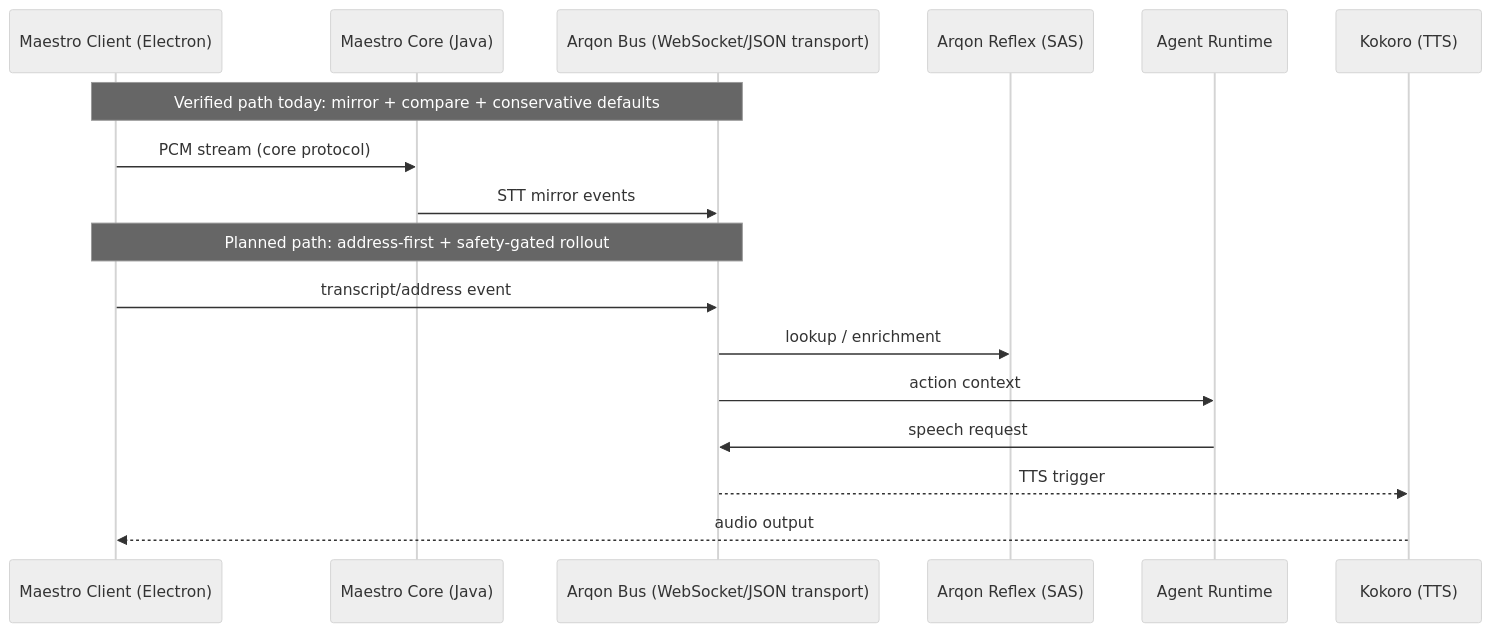
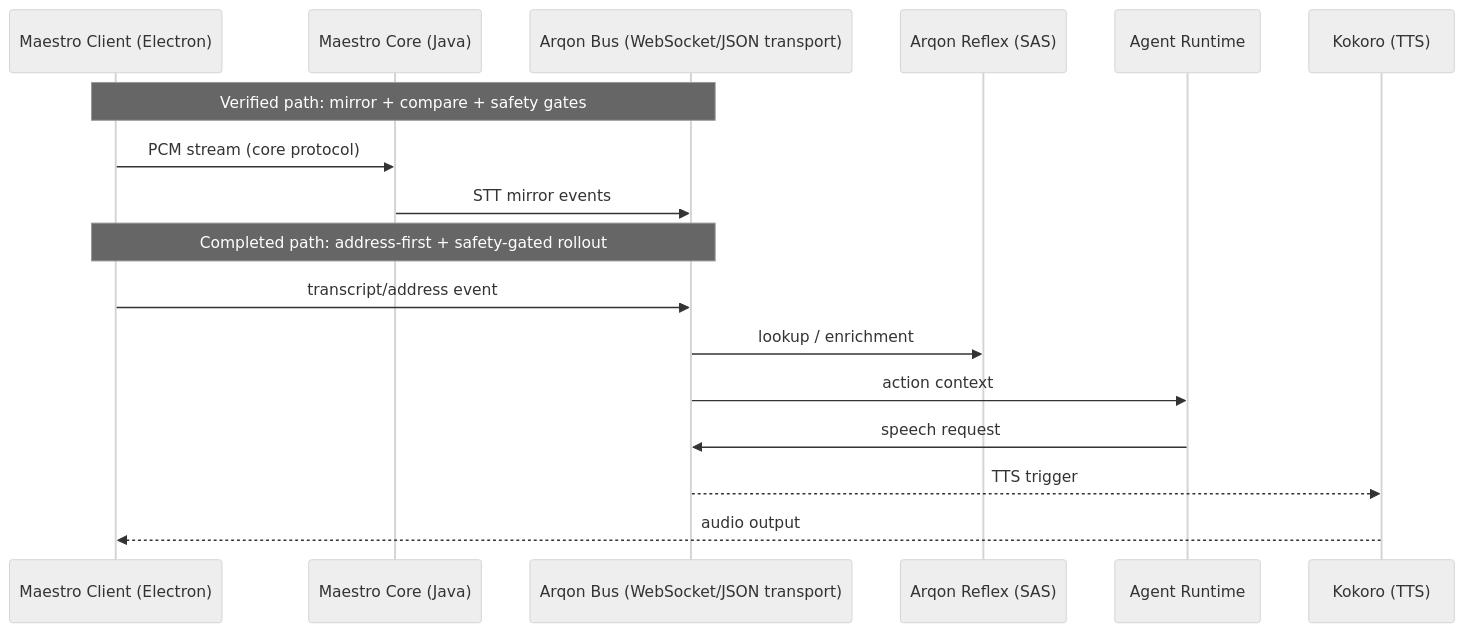
One commit to novelbytelabs/ArqonMaestro changed the diagram in docs/voice_plane_implementation_plan.md. Above: the diagram before and after it, drawn with Mermaid (neutral theme). The commit also changed other lines of this file and 20 other files, not shown here.

````diff
--- a/docs/voice_plane_implementation_plan.md
+++ b/docs/voice_plane_implementation_plan.md
@@ -34,21 +53,21 @@
 ```mermaid
 sequenceDiagram
     participant C as Maestro Client (Electron)
     participant M as Maestro Core (Java)
     participant B as Arqon Bus (WebSocket/JSON transport)
     participant R as Arqon Reflex (SAS)
     participant O as Agent Runtime
     participant K as Kokoro (TTS)
 
-    Note over C,B: Verified path today: mirror + compare + conservative defaults
+    Note over C,B: Verified path: mirror + compare + safety gates
     C->>M: PCM stream (core protocol)
     M->>B: STT mirror events
 
-    Note over C,B: Planned path: address-first + safety-gated rollout
+    Note over C,B: Completed path: address-first + safety-gated rollout
     C->>B: transcript/address event
     B->>R: lookup / enrichment
     B->>O: action context
     O->>B: speech request
     B-->>K: TTS trigger
     K-->>C: audio output
 ```
````
